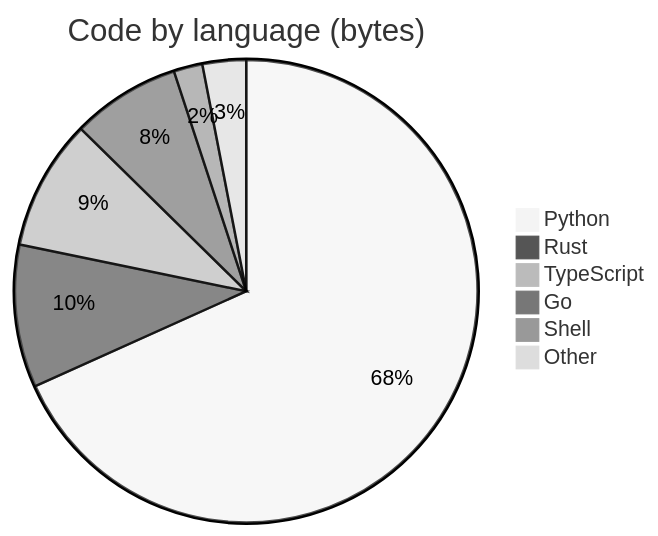
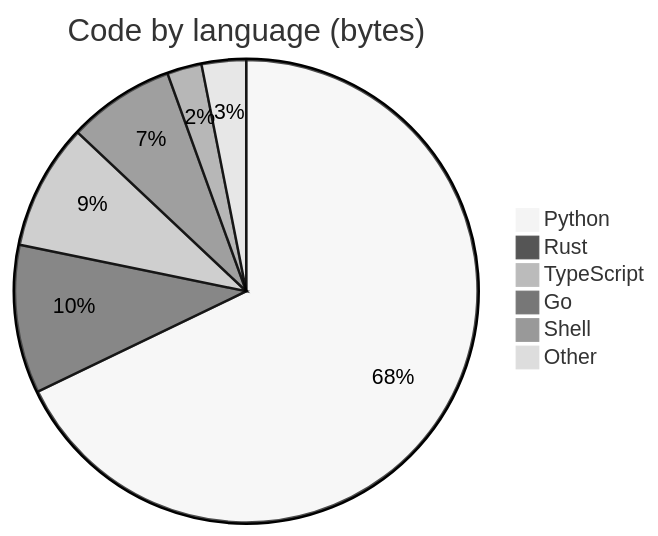
The third of 3 diagrams in README.md (adeoluo/adeoluo), drawn with Mermaid (neutral theme) before and after one commit. The commit also changed other lines of this file, not shown here.

````diff
--- a/README.md
+++ b/README.md
@@ -314,10 +316,10 @@
 ```mermaid
 pie
   title Code by language (bytes)
-  "Python" : 2563884
-  "Rust" : 374068
+  "Python" : 2641487
+  "Rust" : 403583
   "TypeScript" : 342399
-  "Go" : 284945
-  "Shell" : 75482
-  "Other" : 114296
+  "Go" : 290056
+  "Shell" : 94256
+  "Other" : 120720
 ```
````
